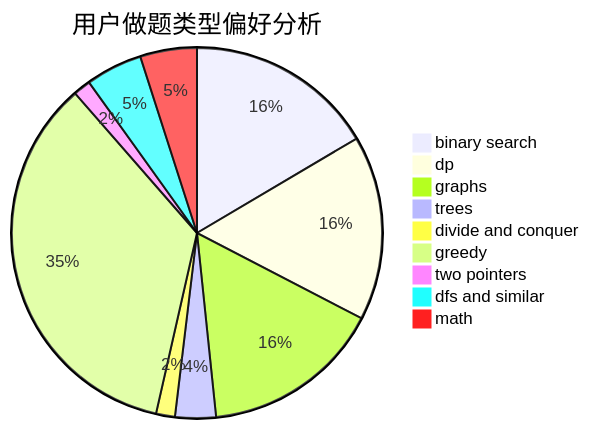
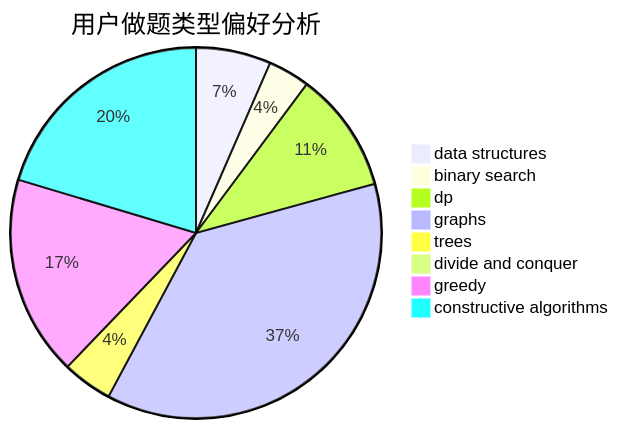
The second of 3 diagrams in docs/user/u1386.md (sherpahu/cfrs.github.io), drawn with Mermaid before and after one commit. The commit also changed other lines of this file and 2775 other files, not shown here.

````diff
--- a/docs/user/u1386.md
+++ b/docs/user/u1386.md
@@ -23,12 +23,11 @@
 ```mermaid
 pie title 用户做题类型偏好分析
-    "binary search" :  130
-    "dp" :  127
-    "graphs" :  124
-    "trees" :  28
-    "divide and conquer" :  13
-    "greedy" :  276
-    "two pointers" :  12
-    "dfs and similar" :  39
-    "math" :  39
+    "data structures" :  18
+    "binary search" :  10
+    "dp" :  29
+    "graphs" :  102
+    "trees" :  12
+    "divide and conquer" :  0
+    "greedy" :  48
+    "constructive algorithms" :  56
 ```
````
